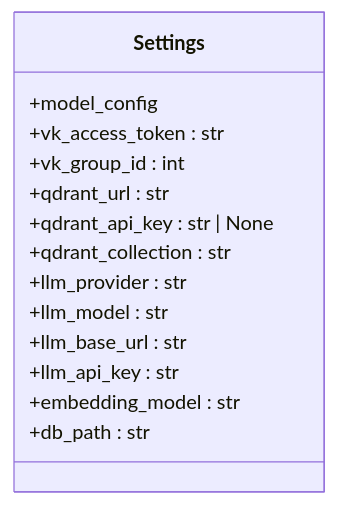
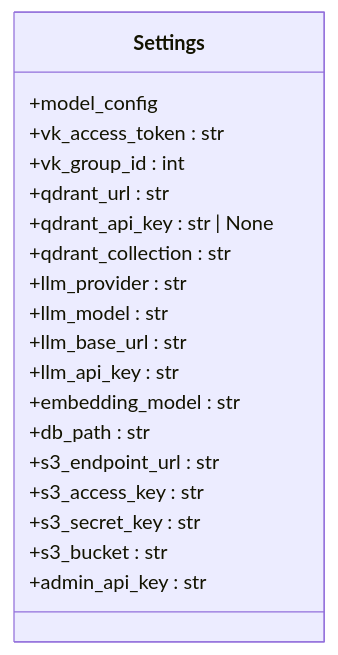
The third of 9 diagrams in .qoder/repowiki/en/content/Configuration Management.md (ognelis/cafetera_hr_bot), drawn with Mermaid before and after one commit. The commit also changed other lines of this file and 15 other files, not shown here.

````diff
--- a/.qoder/repowiki/en/content/Configuration Management.md
+++ b/.qoder/repowiki/en/content/Configuration Management.md
@@ -159,17 +180,22 @@
 ```mermaid
 classDiagram
 class Settings {
 +model_config
 +vk_access_token : str
 +vk_group_id : int
 +qdrant_url : str
 +qdrant_api_key : str | None
 +qdrant_collection : str
 +llm_provider : str
 +llm_model : str
 +llm_base_url : str
 +llm_api_key : str
 +embedding_model : str
 +db_path : str
++s3_endpoint_url : str
++s3_access_key : str
++s3_secret_key : str
++s3_bucket : str
++admin_api_key : str
 }
 ```
````
